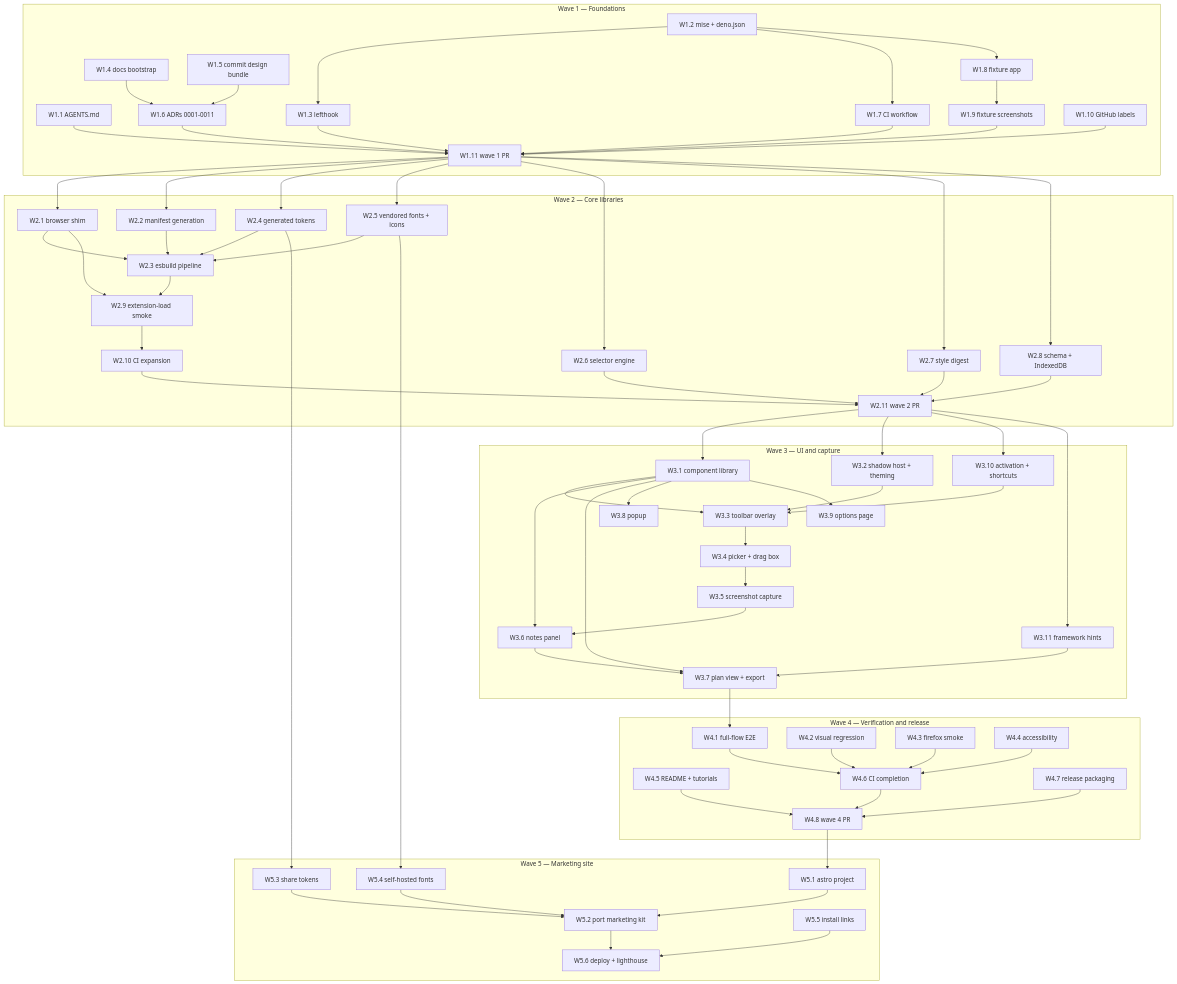
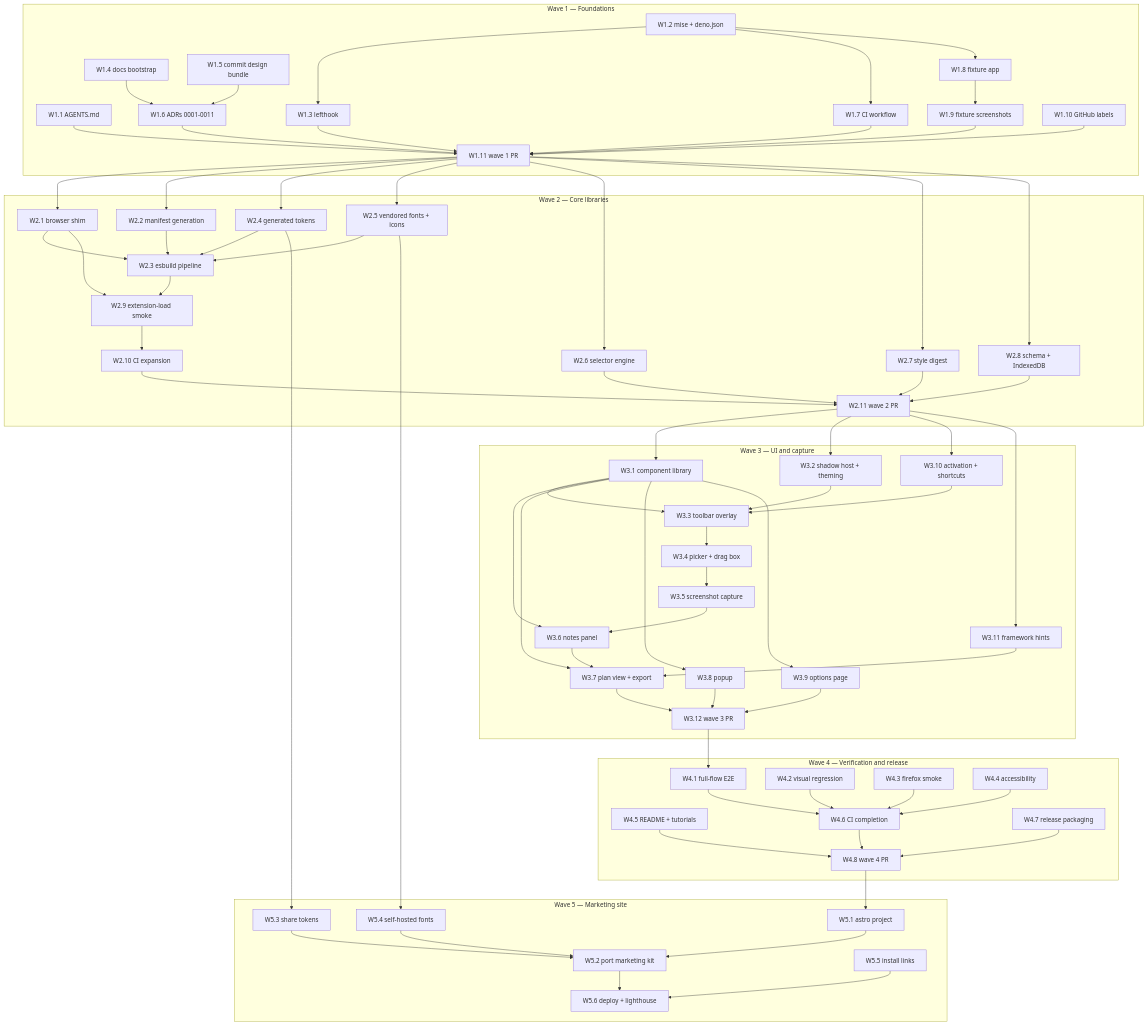
Before and after one commit to whizzzkid/point-and-shoot: the second of 2 diagrams in docs/plans/README.md, drawn with Mermaid. The commit also changed other lines of this file and 4 other files, not shown here.

```diff
--- a/docs/plans/README.md
+++ b/docs/plans/README.md
@@ -100,6 +101,7 @@
     W39["W3.9 options page"]
     W310["W3.10 activation + shortcuts"]
     W311["W3.11 framework hints"]
+    W312["W3.12 wave 3 PR"]
     W31 --> W33
     W32 --> W33
     W310 --> W33
@@ -109,6 +111,9 @@
     W31 --> W38
     W31 --> W39
     W311 --> W37
+    W37 --> W312
+    W38 --> W312
+    W39 --> W312
   end
 
   subgraph WAVE4["Wave 4 — Verification and release"]
@@ -153,7 +158,7 @@
   W211 --> W32
   W211 --> W310
   W211 --> W311
-  W37 --> W41
+  W312 --> W41
   W48 --> W51
   W24 --> W53
   W25 --> W54
```
